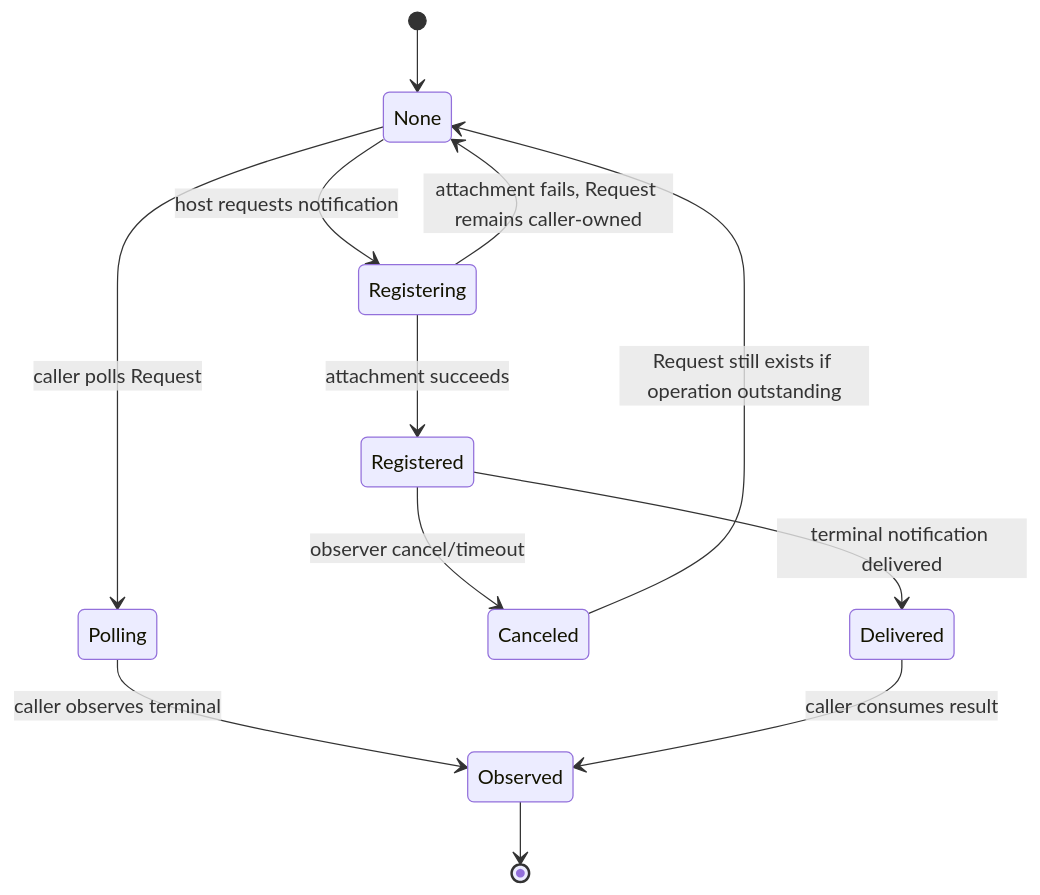
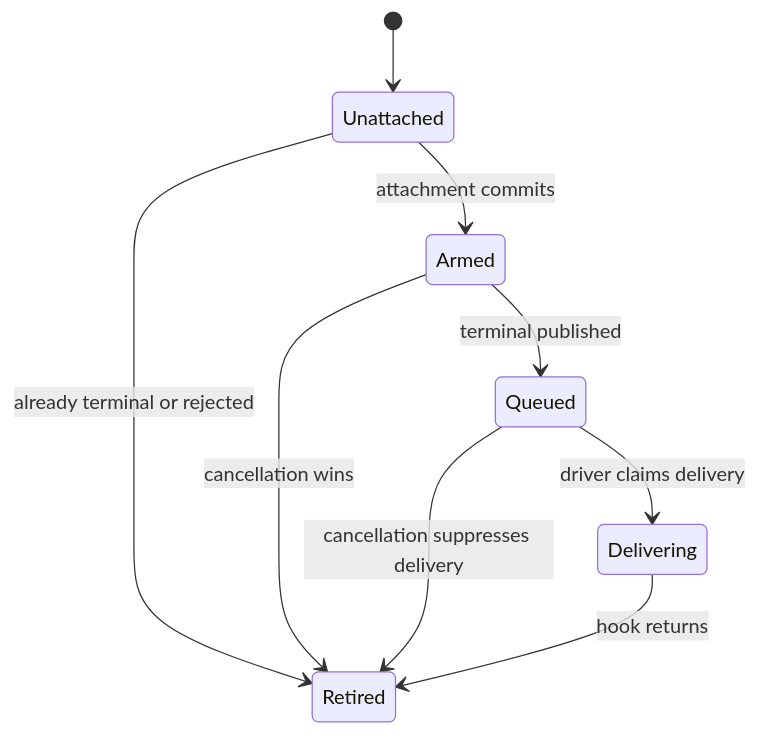
One commit to jnhu76/Sluice changed the third of 4 diagrams in docs/explicit-io-v1-final-decision.md. Above: the diagram before and after it, drawn with Mermaid. The commit also changed other lines of this file and 11 other files, not shown here.

````diff
--- a/docs/explicit-io-v1-final-decision.md
+++ b/docs/explicit-io-v1-final-decision.md
@@ -517,18 +444,11 @@
 ```mermaid
 stateDiagram-v2
-    [*] --> None
-    None --> Polling: caller polls Request
-    None --> Registering: host requests notification
-
-    Registering --> Registered: attachment succeeds
-    Registering --> None: attachment fails, Request remains caller-owned
-
-    Registered --> Canceled: observer cancel/timeout
-    Registered --> Delivered: terminal notification delivered
-
-    Polling --> Observed: caller observes terminal
-    Delivered --> Observed: caller consumes result
-    Canceled --> None: Request still exists if operation outstanding
-
-    Observed --> [*]
+    [*] --> Unattached
+    Unattached --> Armed: attachment commits
+    Unattached --> Retired: already terminal or rejected
+    Armed --> Queued: terminal published
+    Armed --> Retired: cancellation wins
+    Queued --> Delivering: driver claims delivery
+    Queued --> Retired: cancellation suppresses delivery
+    Delivering --> Retired: hook returns
 ```
````
